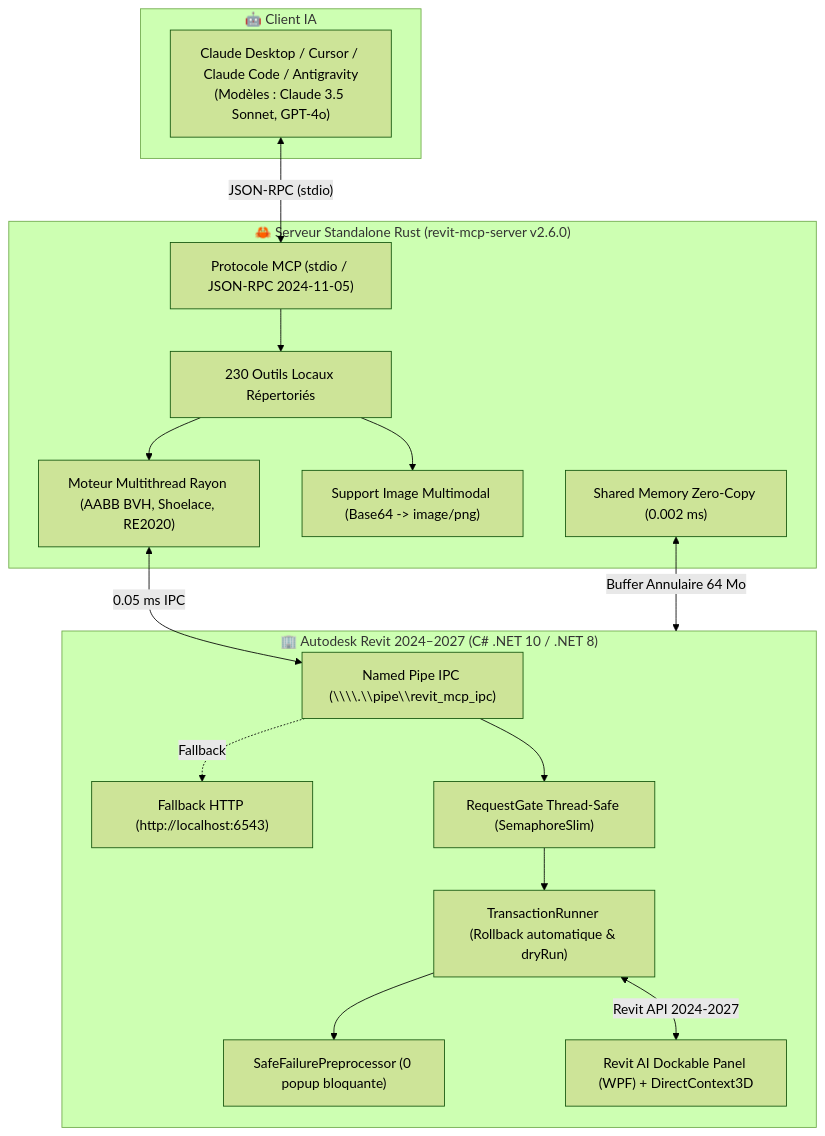
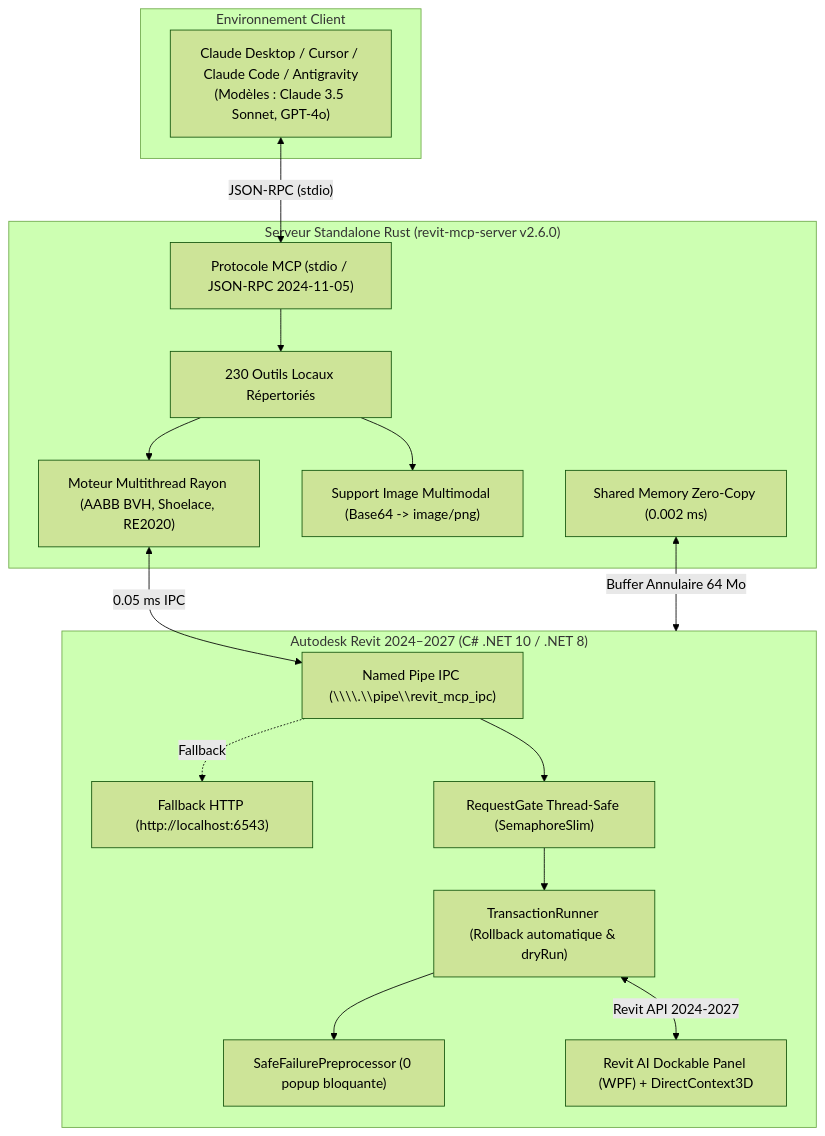
Before and after one commit to EncoreZaan/ARC: the diagram in README.md, drawn with Mermaid (forest theme). The commit also changed other lines of this file and 6 other files, not shown here.

Commit message:
feat(ui): refine landing page to pure architectural luxury - remove video fallback and mode switcher, elevate typography and eliminate all emojis

````diff
--- a/README.md
+++ b/README.md
@@ -164,35 +164,35 @@
 ```mermaid
 flowchart TD
-    subgraph Client["🤖 Client IA"]
+    subgraph Client["Environnement Client"]
         Claude["Claude Desktop / Cursor / Claude Code / Antigravity\n(Modèles : Claude 3.5 Sonnet, GPT-4o)"]
     end
 
-    subgraph RustServer["🦀 Serveur Standalone Rust (revit-mcp-server v2.6.0)"]
+    subgraph RustServer["Serveur Standalone Rust (revit-mcp-server v2.6.0)"]
         RPC["Protocole MCP (stdio / JSON-RPC 2024-11-05)"]
         Registry["230 Outils Locaux Répertoriés"]
         RayonEngine["Moteur Multithread Rayon (AABB BVH, Shoelace, RE2020)"]
         VisionEngine["Support Image Multimodal (Base64 -> image/png)"]
         SharedMemRust["Shared Memory Zero-Copy (0.002 ms)"]
     end
 
-    subgraph AddIn["🏢 Autodesk Revit 2024–2027 (C# .NET 10 / .NET 8)"]
+    subgraph AddIn["Autodesk Revit 2024–2027 (C# .NET 10 / .NET 8)"]
         NamedPipe["Named Pipe IPC (\\\\.\\pipe\\revit_mcp_ipc)"]
         HTTPFallback["Fallback HTTP (http://localhost:6543)"]
         RequestGate["RequestGate Thread-Safe (SemaphoreSlim)"]
         TxRunner["TransactionRunner (Rollback automatique & dryRun)"]
         SafeFailure["SafeFailurePreprocessor (0 popup bloquante)"]
         DockablePanel["Revit AI Dockable Panel (WPF) + DirectContext3D"]
     end
 
     Claude <-->|"JSON-RPC (stdio)"| RPC
     RPC --> Registry
     Registry --> RayonEngine
     Registry --> VisionEngine
     RayonEngine <-->|"0.05 ms IPC"| NamedPipe
     NamedPipe -.->|"Fallback"| HTTPFallback
     NamedPipe --> RequestGate
     RequestGate --> TxRunner
     TxRunner --> SafeFailure
     TxRunner <-->|"Revit API 2024-2027"| DockablePanel
     SharedMemRust <-->|"Buffer Annulaire 64 Mo"| AddIn
 ```
````
